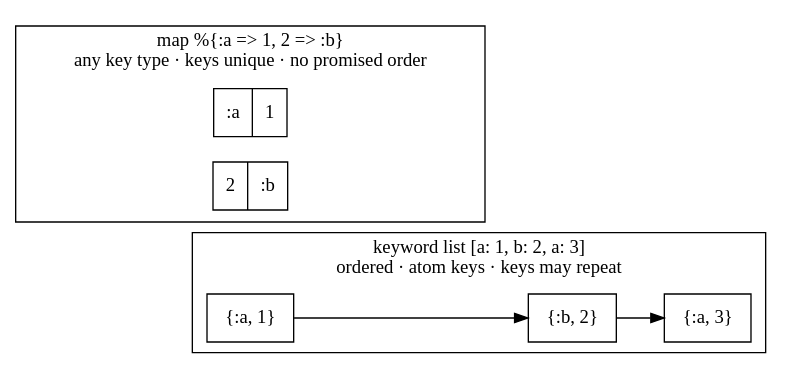
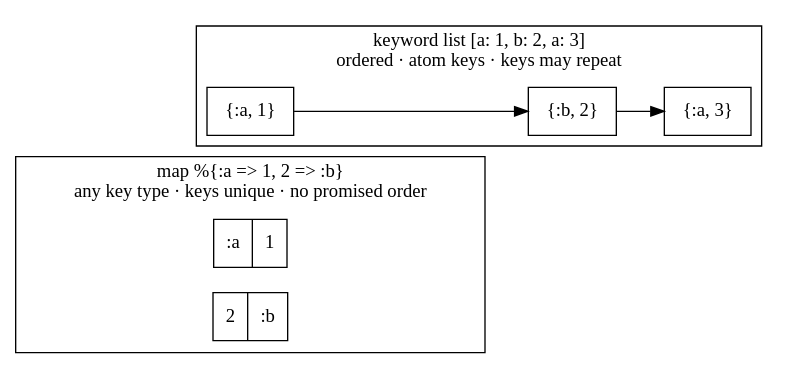
The diagram in docs/diagrams/keywords-and-maps/keyword-vs-map.dot (danceinthefake/visualixir), drawn with Graphviz before and after one commit. The commit also changed other lines of this file and 13 other files, not shown here.

First line of the commit message:
Put diagram clusters in reading order

```diff
--- a/docs/diagrams/keywords-and-maps/keyword-vs-map.dot
+++ b/docs/diagrams/keywords-and-maps/keyword-vs-map.dot
@@ -1,17 +1,17 @@
 digraph kw_vs_map {
   rankdir=LR
   node [shape=box]
+  subgraph cluster_map {
+    label="map %{:a => 1, 2 => :b}\nany key type · keys unique · no promised order"
+    node [shape=record]
+    m1 [label="{:a|1}"]
+    m2 [label="{2|:b}"]
+  }
   subgraph cluster_kw {
     label="keyword list [a: 1, b: 2, a: 3]\nordered · atom keys · keys may repeat"
     k1 [label="{:a, 1}"]
     k2 [label="{:b, 2}"]
     k3 [label="{:a, 3}"]
     k1 -> k2 -> k3
   }
-  subgraph cluster_map {
-    label="map %{:a => 1, 2 => :b}\nany key type · keys unique · no promised order"
-    node [shape=record]
-    m1 [label="{:a|1}"]
-    m2 [label="{2|:b}"]
-  }
 }
```
